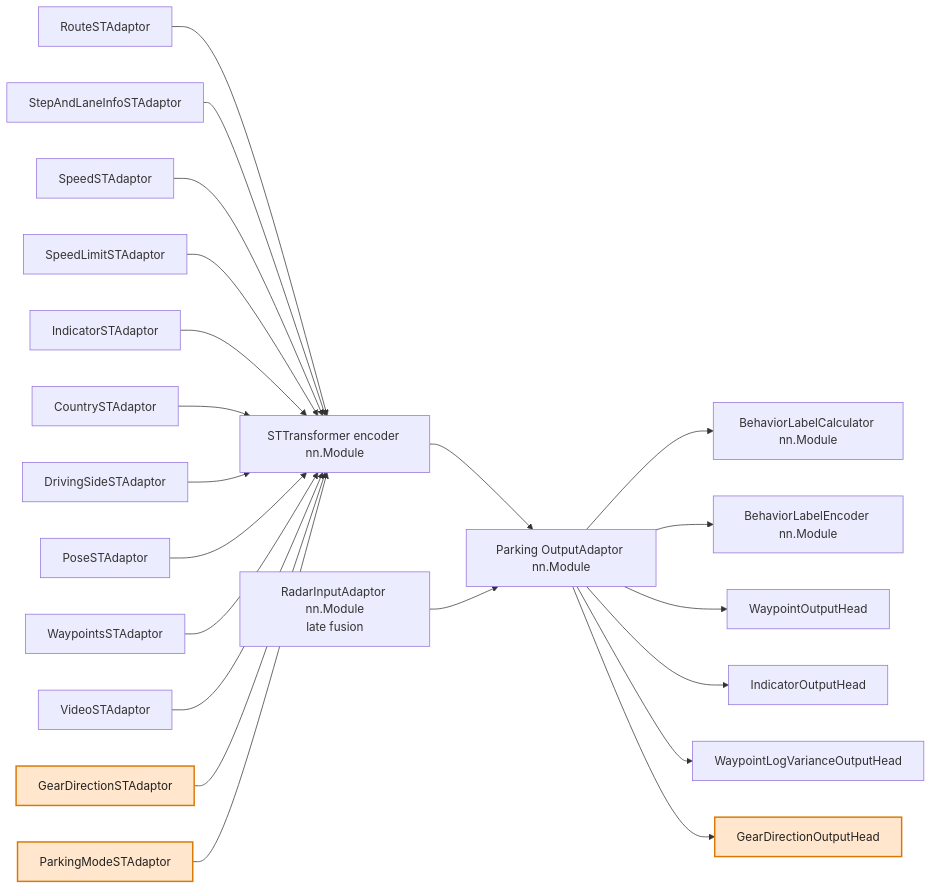
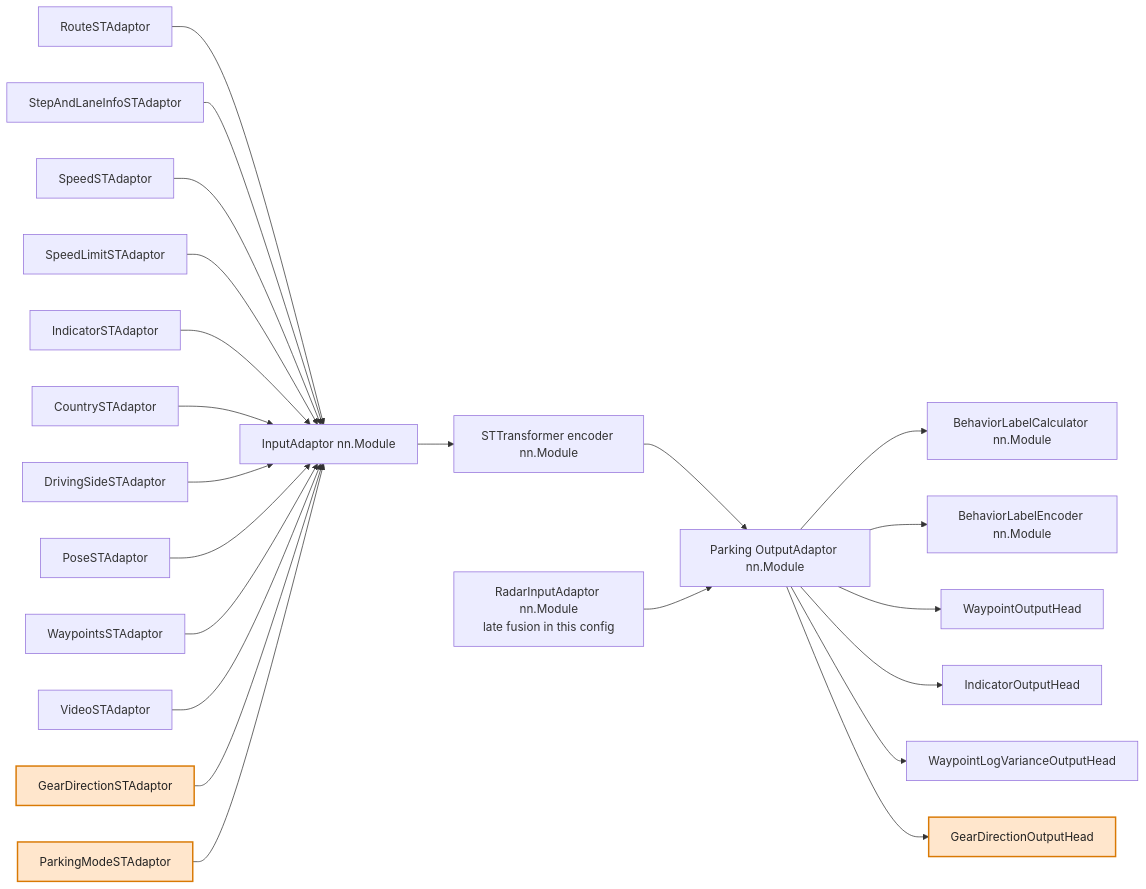
The diagram in newsletters/newsletter_pudo-update-january-driving-release-2026-5-4.md (borisindelman-oss/vault), drawn with Mermaid before and after one commit. The commit also changed other lines of this file, not shown here.

Commit message:
git sync 2026-02-12T14:24:03Z

````diff
--- a/newsletters/newsletter_pudo-update-january-driving-release-2026-5-4.md
+++ b/newsletters/newsletter_pudo-update-january-driving-release-2026-5-4.md
@@ -25,28 +25,29 @@
 ```mermaid
 flowchart LR
-    A1[RouteSTAdaptor] --> ST[STTransformer encoder nn.Module]
-    A2[StepAndLaneInfoSTAdaptor] --> ST
-    A3[SpeedSTAdaptor] --> ST
-    A4[SpeedLimitSTAdaptor] --> ST
-    A5[IndicatorSTAdaptor] --> ST
-    A6[CountrySTAdaptor] --> ST
-    A7[DrivingSideSTAdaptor] --> ST
-    A8[PoseSTAdaptor] --> ST
-    A9[WaypointsSTAdaptor] --> ST
-    A10[VideoSTAdaptor] --> ST
-    A11[GearDirectionSTAdaptor] --> ST
-    A12[ParkingModeSTAdaptor] --> ST
+    A1[RouteSTAdaptor] --> IA[InputAdaptor nn.Module]
+    A2[StepAndLaneInfoSTAdaptor] --> IA
+    A3[SpeedSTAdaptor] --> IA
+    A4[SpeedLimitSTAdaptor] --> IA
+    A5[IndicatorSTAdaptor] --> IA
+    A6[CountrySTAdaptor] --> IA
+    A7[DrivingSideSTAdaptor] --> IA
+    A8[PoseSTAdaptor] --> IA
+    A9[WaypointsSTAdaptor] --> IA
+    A10[VideoSTAdaptor] --> IA
+    A11[GearDirectionSTAdaptor] --> IA
+    A12[ParkingModeSTAdaptor] --> IA
 
+    IA --> ST[STTransformer encoder nn.Module]
     ST --> OA[Parking OutputAdaptor nn.Module]
-    R[RadarInputAdaptor nn.Module<br/>late fusion] --> OA
+    R[RadarInputAdaptor nn.Module<br/>late fusion in this config] --> OA
 
     OA --> B1[BehaviorLabelCalculator nn.Module]
     OA --> B2[BehaviorLabelEncoder nn.Module]
     OA --> H1[WaypointOutputHead]
     OA --> H2[IndicatorOutputHead]
     OA --> H3[WaypointLogVarianceOutputHead]
     OA --> H4[GearDirectionOutputHead]
 
     classDef add fill:#ffe6cc,stroke:#d97904,color:#222,stroke-width:2px;
     class A11,A12,H4 add;
 ```
````
